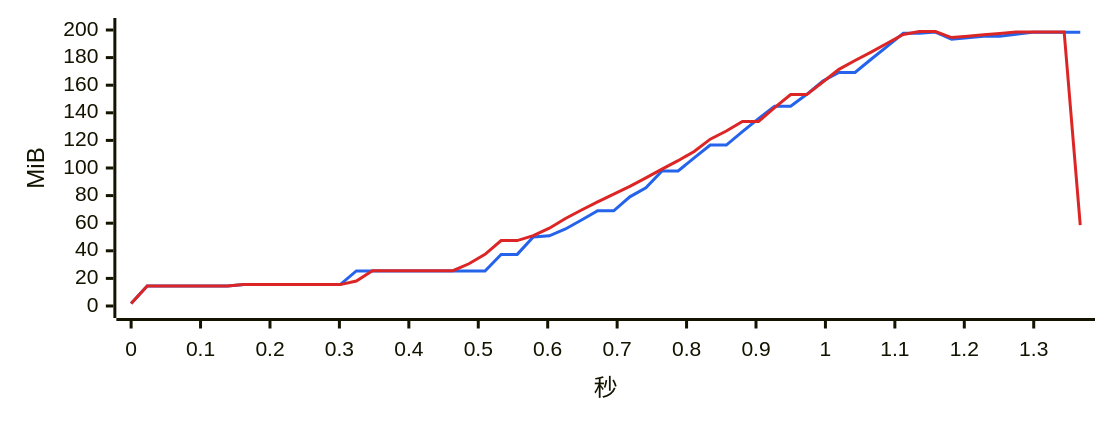
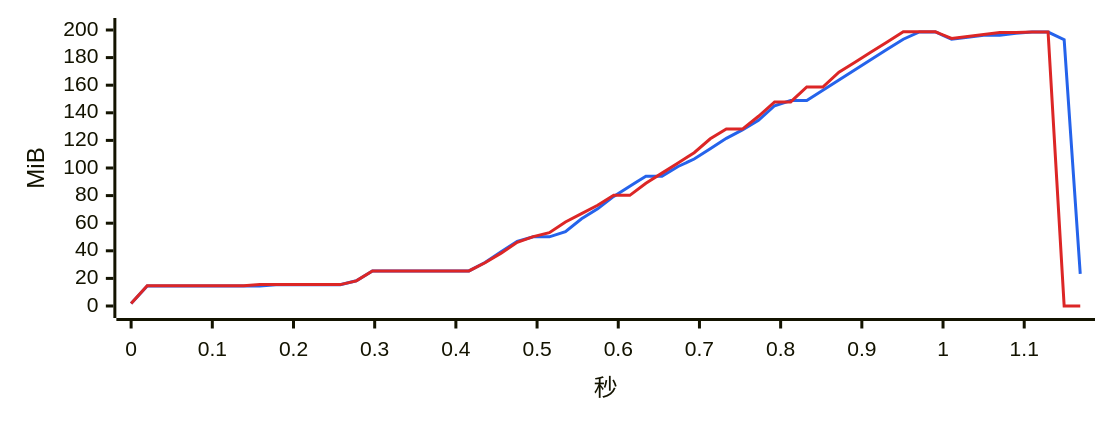
Before and after one commit to 334456777/WeFlow: the tenth of 17 diagrams in bench/v2.0.0/summary.md, drawn with Mermaid. The commit also changed other lines of this file and 3 other files, not shown here.

````diff
--- a/bench/v2.0.0/summary.md
+++ b/bench/v2.0.0/summary.md
@@ -389,8 +386,8 @@
 ```mermaid
 %%{init: {"xyChart": {"width": 720, "height": 260}, "themeVariables": {"xyChart": {"plotColorPalette": "#2563eb, #dc2626"}}}}%%
 xychart-beta
-    x-axis "秒" 0 --> 1.367
+    x-axis "秒" 0 --> 1.169
     y-axis "MiB" 0 --> 200
-    line [1.8, 14.5, 14.5, 14.5, 14.5, 14.5, 14.5, 15.5, 15.5, 15.5, 15.5, 15.5, 15.5, 15.5, 25.4, 25.4, 25.4, 25.4, 25.4, 25.4, 25.4, 25.4, 25.4, 37.4, 37.4, 50.0, 50.9, 55.8, 62.3, 69.0, 69.0, 79.1, 85.7, 97.8, 97.8, 107.3, 116.6, 116.6, 126.3, 135.8, 144.8, 144.8, 153.4, 163.1, 169.2, 169.2, 178.8, 188.1, 197.6, 197.6, 198.5, 193.3, 194.3, 195.5, 195.5, 197.0, 198.4, 198.4, 198.4, 198.4]
-    line [1.8, 14.5, 14.5, 14.5, 14.5, 14.5, 14.5, 15.5, 15.5, 15.5, 15.5, 15.5, 15.5, 15.5, 18.1, 25.6, 25.6, 25.6, 25.6, 25.6, 25.6, 30.6, 37.4, 47.4, 47.4, 51.0, 56.4, 63.4, 69.6, 75.5, 81.1, 86.7, 92.8, 99.2, 105.3, 112.0, 120.9, 126.8, 133.7, 133.7, 143.8, 153.2, 153.2, 162.3, 171.5, 177.9, 184.0, 190.4, 196.8, 198.9, 198.9, 194.5, 195.5, 196.6, 197.5, 198.6, 198.6, 198.6, 198.6, 58.6]
+    line [1.8, 14.5, 14.5, 14.5, 14.5, 14.5, 14.5, 14.5, 14.5, 15.4, 15.4, 15.4, 15.4, 15.4, 18.3, 25.4, 25.4, 25.4, 25.4, 25.4, 25.4, 25.4, 31.5, 39.3, 46.9, 50.1, 50.1, 53.8, 63.2, 70.4, 79.4, 86.8, 94.1, 94.1, 101.1, 106.5, 114.0, 121.5, 127.6, 134.5, 145.1, 148.9, 148.9, 156.3, 163.7, 171.2, 178.6, 186.1, 193.3, 198.6, 198.6, 193.3, 194.8, 196.2, 196.2, 197.7, 198.5, 198.5, 193.0, 23.3]
+    line [1.8, 14.6, 14.6, 14.6, 14.6, 14.6, 14.6, 14.6, 15.5, 15.5, 15.5, 15.5, 15.5, 15.5, 18.2, 25.4, 25.4, 25.4, 25.4, 25.4, 25.4, 25.4, 31.3, 38.3, 46.2, 50.3, 53.1, 60.9, 66.9, 73.0, 80.2, 80.2, 89.0, 96.3, 103.7, 111.1, 121.2, 128.2, 128.2, 137.5, 147.9, 147.9, 158.7, 158.7, 169.4, 176.6, 184.0, 191.3, 198.7, 198.7, 198.7, 193.9, 195.3, 196.7, 198.1, 198.1, 198.6, 198.6, 0.0, 0.0]
 ```
````
